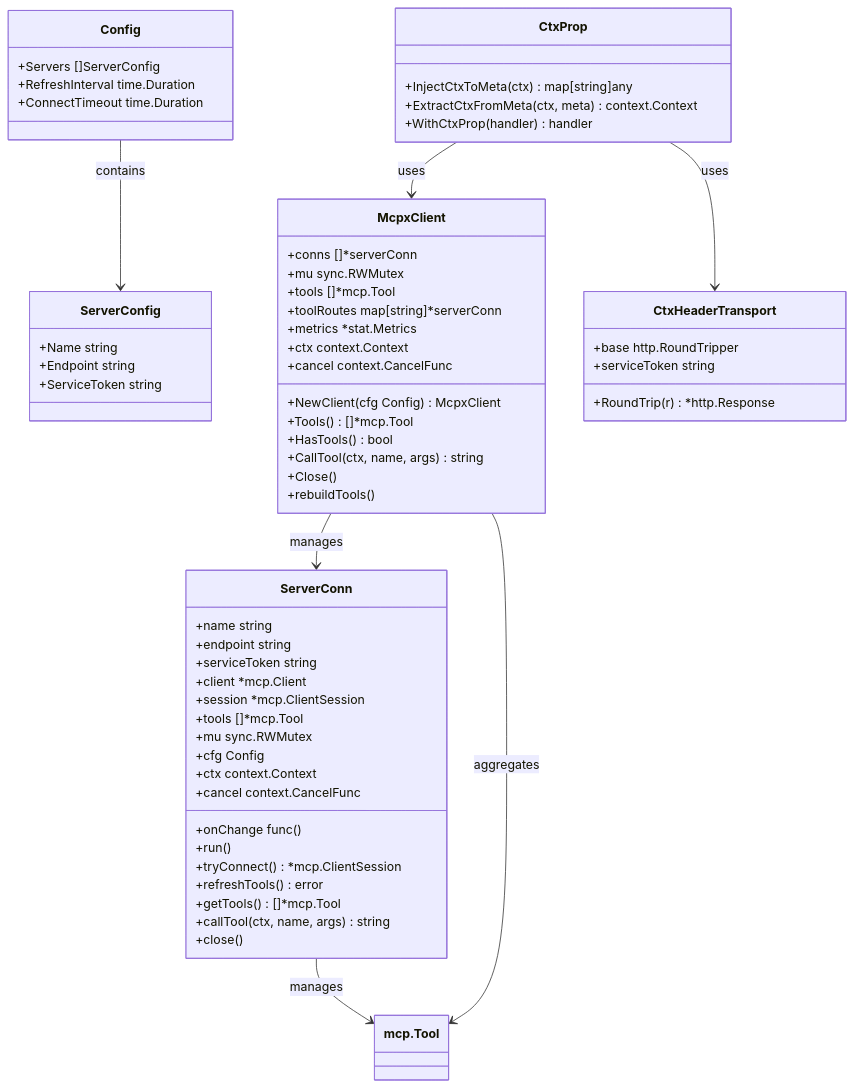
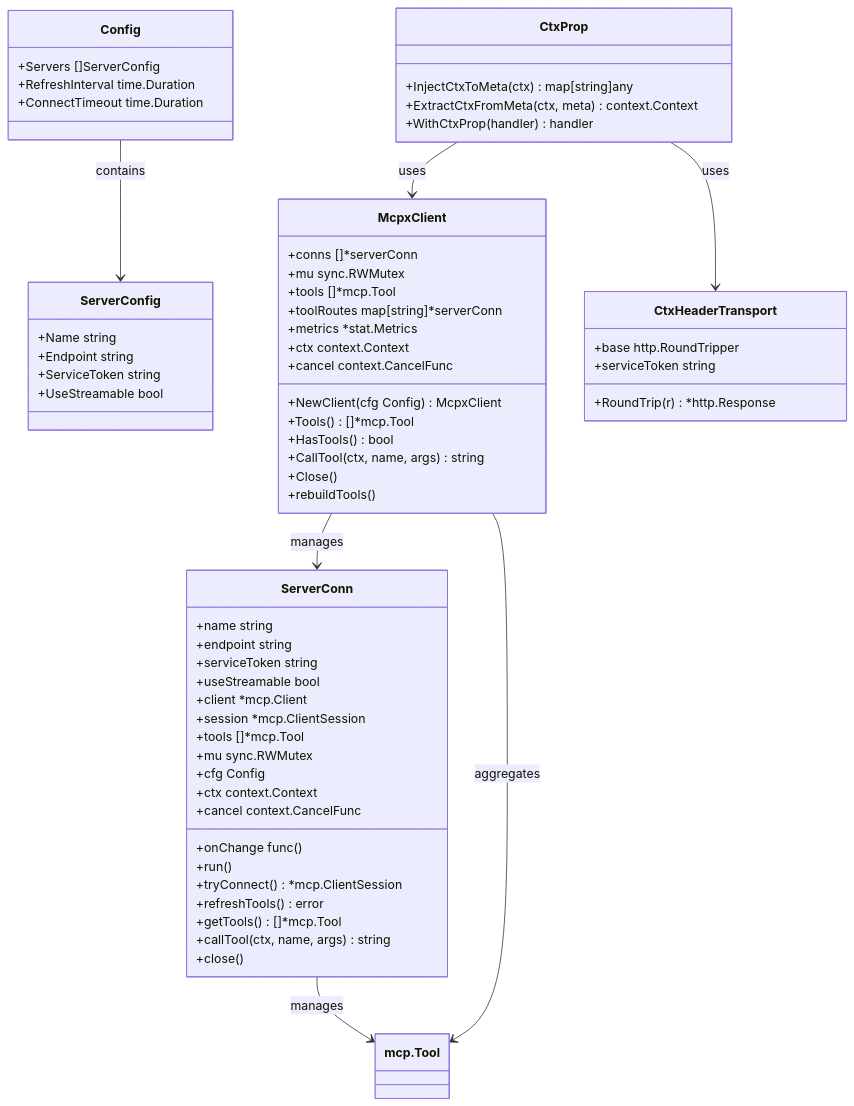
One commit to maomao94/zero-service changed the eighth of 13 diagrams in .qoder/repowiki/zh/content/核心服务详解/AI聊天服务.md. Above: the diagram before and after it, drawn with Mermaid. The commit also changed other lines of this file and 29 other files, not shown here.

````diff
--- a/.qoder/repowiki/zh/content/核心服务详解/AI聊天服务.md
+++ b/.qoder/repowiki/zh/content/核心服务详解/AI聊天服务.md
@@ -537,63 +579,65 @@
 ```mermaid
 classDiagram
 class McpxClient {
 +conns []*serverConn
 +mu sync.RWMutex
 +tools []*mcp.Tool
 +toolRoutes map[string]*serverConn
 +metrics *stat.Metrics
 +ctx context.Context
 +cancel context.CancelFunc
 +NewClient(cfg Config) McpxClient
 +Tools() []*mcp.Tool
 +HasTools() bool
 +CallTool(ctx, name, args) string
 +Close()
 +rebuildTools()
 }
 class ServerConn {
 +name string
 +endpoint string
 +serviceToken string
++useStreamable bool
 +client *mcp.Client
 +session *mcp.ClientSession
 +tools []*mcp.Tool
 +mu sync.RWMutex
 +cfg Config
 +onChange func()
 +ctx context.Context
 +cancel context.CancelFunc
 +run()
 +tryConnect() *mcp.ClientSession
 +refreshTools() error
 +getTools() []*mcp.Tool
 +callTool(ctx, name, args) string
 +close()
 }
 class Config {
 +Servers []ServerConfig
 +RefreshInterval time.Duration
 +ConnectTimeout time.Duration
 }
 class ServerConfig {
 +Name string
 +Endpoint string
 +ServiceToken string
++UseStreamable bool
 }
 class CtxProp {
 +InjectCtxToMeta(ctx) map[string]any
 +ExtractCtxFromMeta(ctx, meta) context.Context
 +WithCtxProp(handler) handler
 }
 class CtxHeaderTransport {
 +base http.RoundTripper
 +serviceToken string
 +RoundTrip(r) *http.Response
 }
 McpxClient --> ServerConn : manages
 McpxClient --> mcp.Tool : aggregates
 ServerConn --> mcp.Tool : manages
 Config --> ServerConfig : contains
 CtxProp --> McpxClient : uses
 CtxProp --> CtxHeaderTransport : uses
 ```
````
